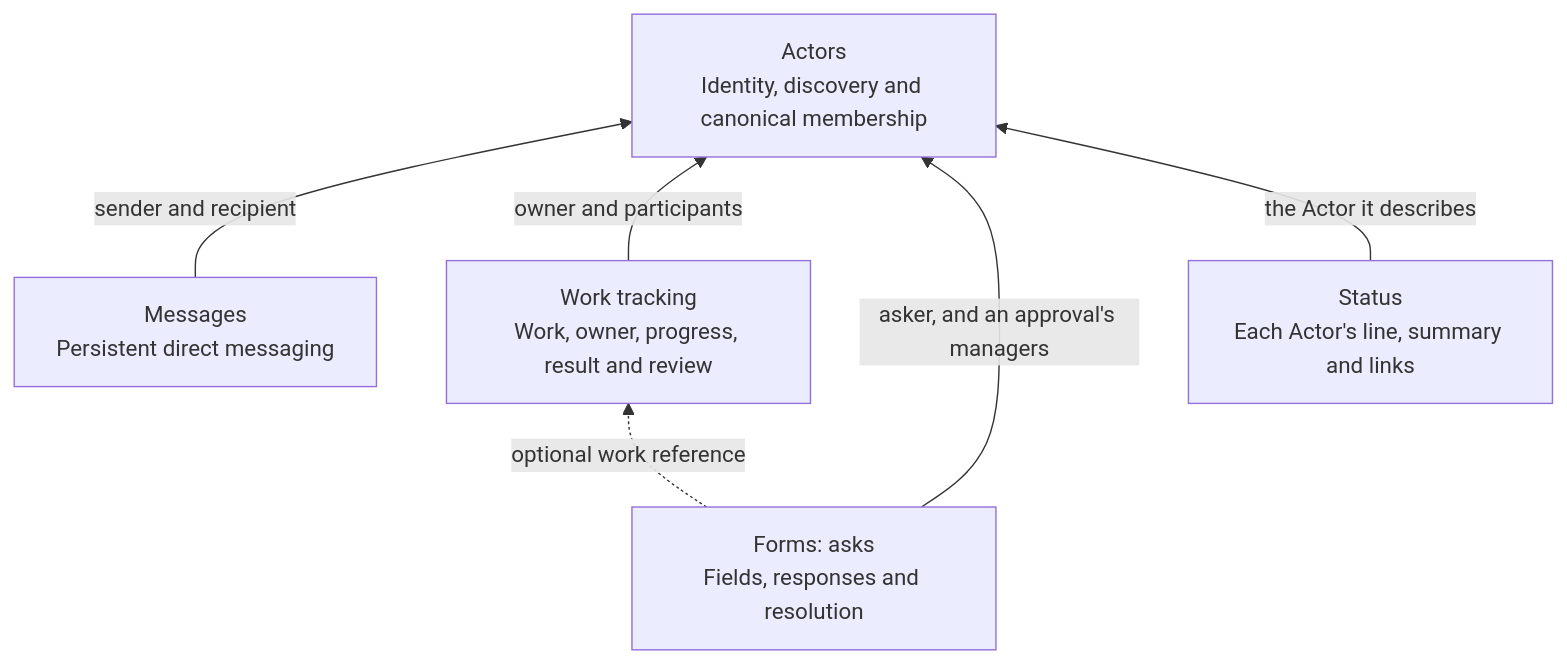
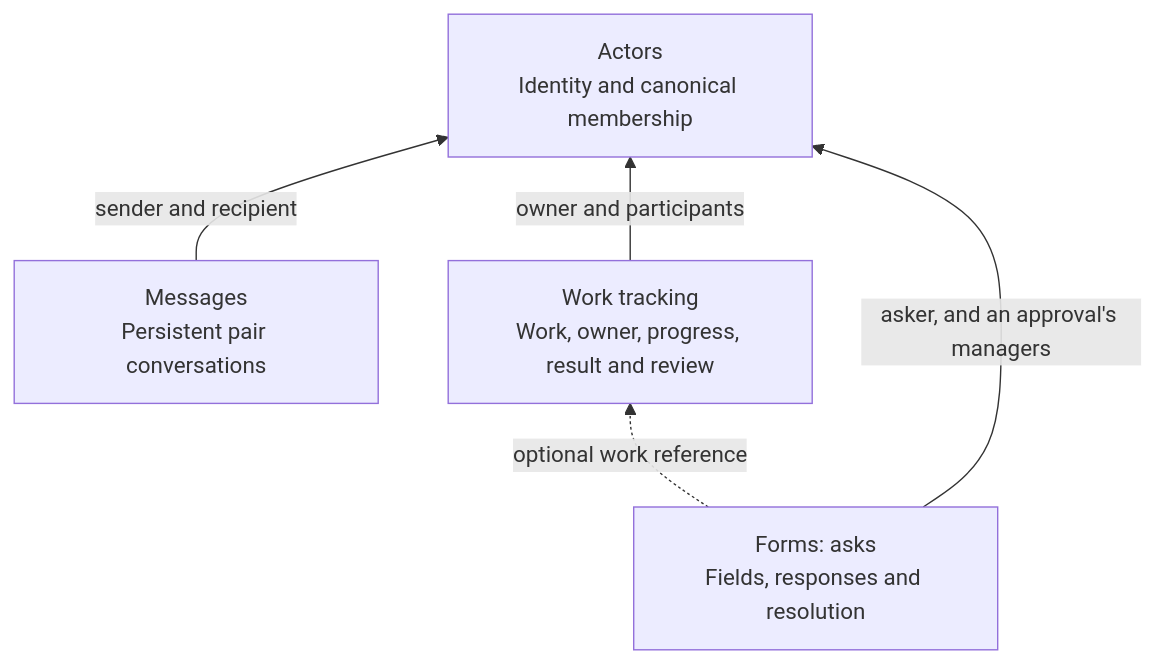
Before and after one commit to uniac-ai/AgenticWorkspace: the first of 2 diagrams in docs/design.md, drawn with Mermaid. The commit also changed other lines of this file and 23 other files, not shown here.

First line of the commit message:
Remove Status and the Directory tools, and open Messages per conversation

````diff
--- a/docs/design.md
+++ b/docs/design.md
@@ -9,13 +9,11 @@
 ```mermaid
 flowchart BT
-    A["Actors<br/>Identity, discovery and canonical membership"]
-    M["Messages<br/>Persistent direct messaging"]
+    A["Actors<br/>Identity and canonical membership"]
+    M["Messages<br/>Persistent pair conversations"]
     T["Work tracking<br/>Work, owner, progress, result and review"]
     F["Forms: asks<br/>Fields, responses and resolution"]
-    S["Status<br/>Each Actor's line, summary and links"]
     F -.->|"optional work reference"| T
     M -->|"sender and recipient"| A
     T -->|"owner and participants"| A
     F -->|"asker, and an approval's managers"| A
-    S -->|"the Actor it describes"| A
 ```
````
